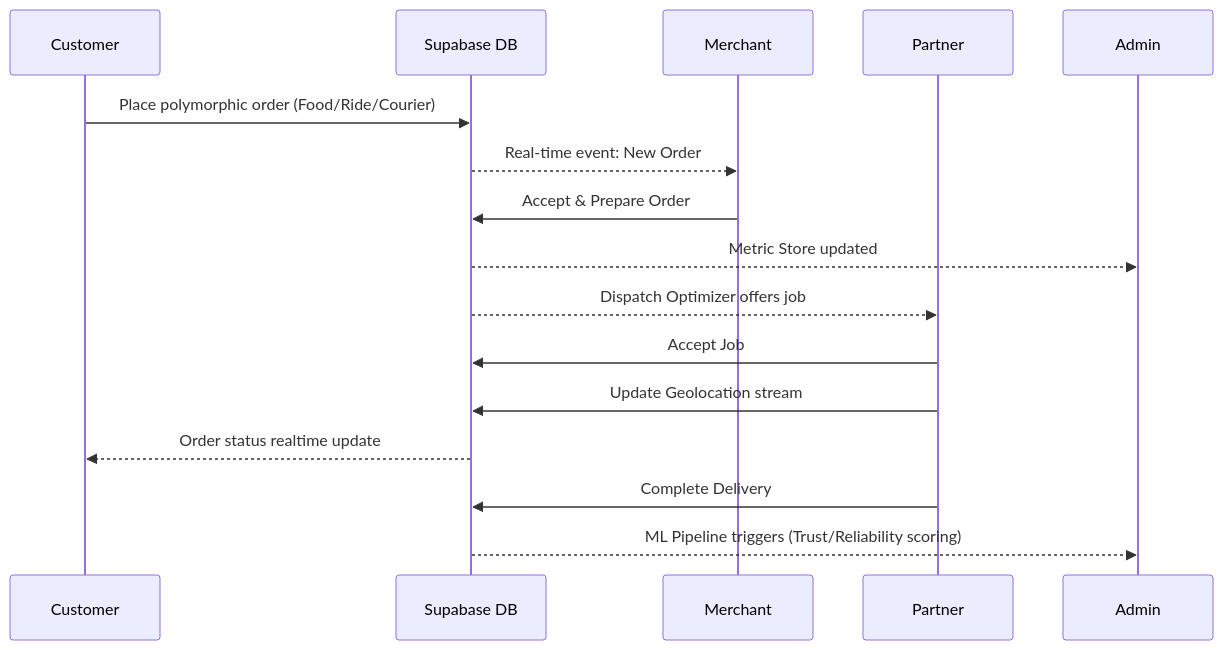
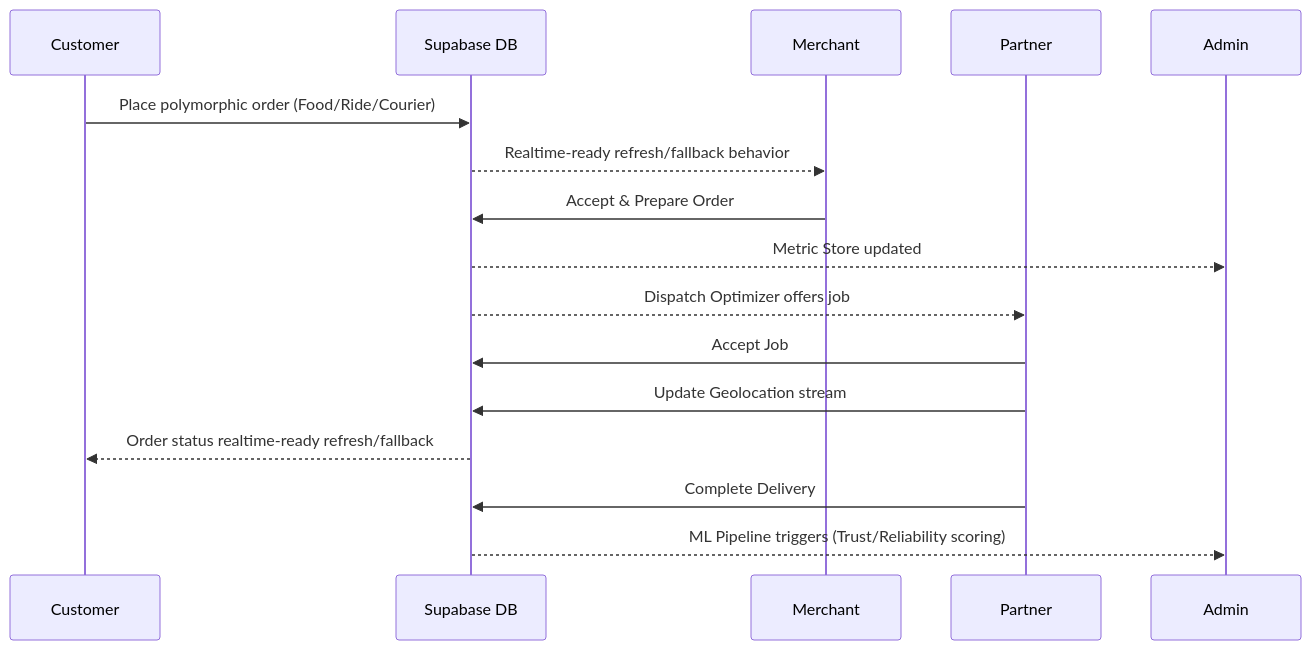
One commit to MANEESHREDDYD/OneMove changed the first of 4 diagrams in docs/TECHNICAL_ARCHITECTURE_OVERVIEW.md. Above: the diagram before and after it, drawn with Mermaid. The commit also changed other lines of this file and 5 other files, not shown here.

````diff
--- a/docs/TECHNICAL_ARCHITECTURE_OVERVIEW.md
+++ b/docs/TECHNICAL_ARCHITECTURE_OVERVIEW.md
@@ -17,19 +17,19 @@
 ```mermaid
 sequenceDiagram
     participant C as Customer
     participant DB as Supabase DB
     participant M as Merchant
     participant P as Partner
     participant A as Admin
 
     C->>DB: Place polymorphic order (Food/Ride/Courier)
-    DB-->>M: Real-time event: New Order
+    DB-->>M: Realtime-ready refresh/fallback behavior
     M->>DB: Accept & Prepare Order
     DB-->>A: Metric Store updated
     DB-->>P: Dispatch Optimizer offers job
     P->>DB: Accept Job
     P->>DB: Update Geolocation stream
-    DB-->>C: Order status realtime update
+    DB-->>C: Order status realtime-ready refresh/fallback
     P->>DB: Complete Delivery
     DB-->>A: ML Pipeline triggers (Trust/Reliability scoring)
 ```
````
